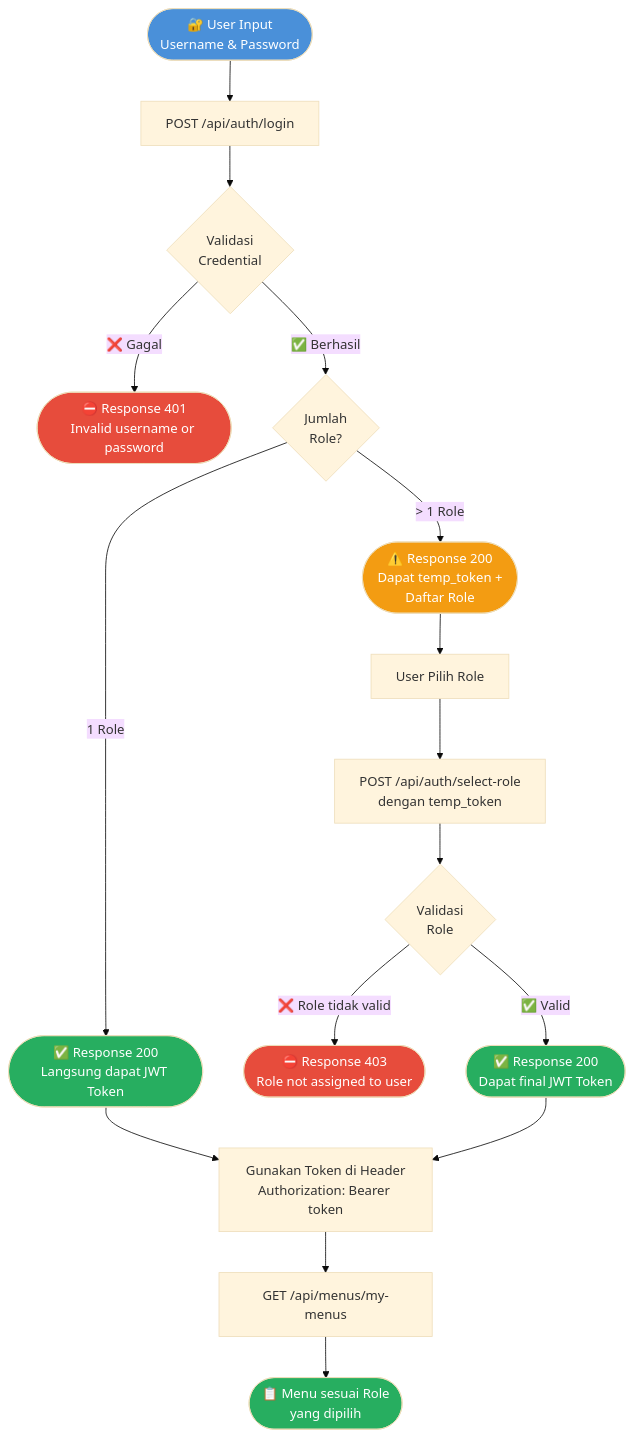
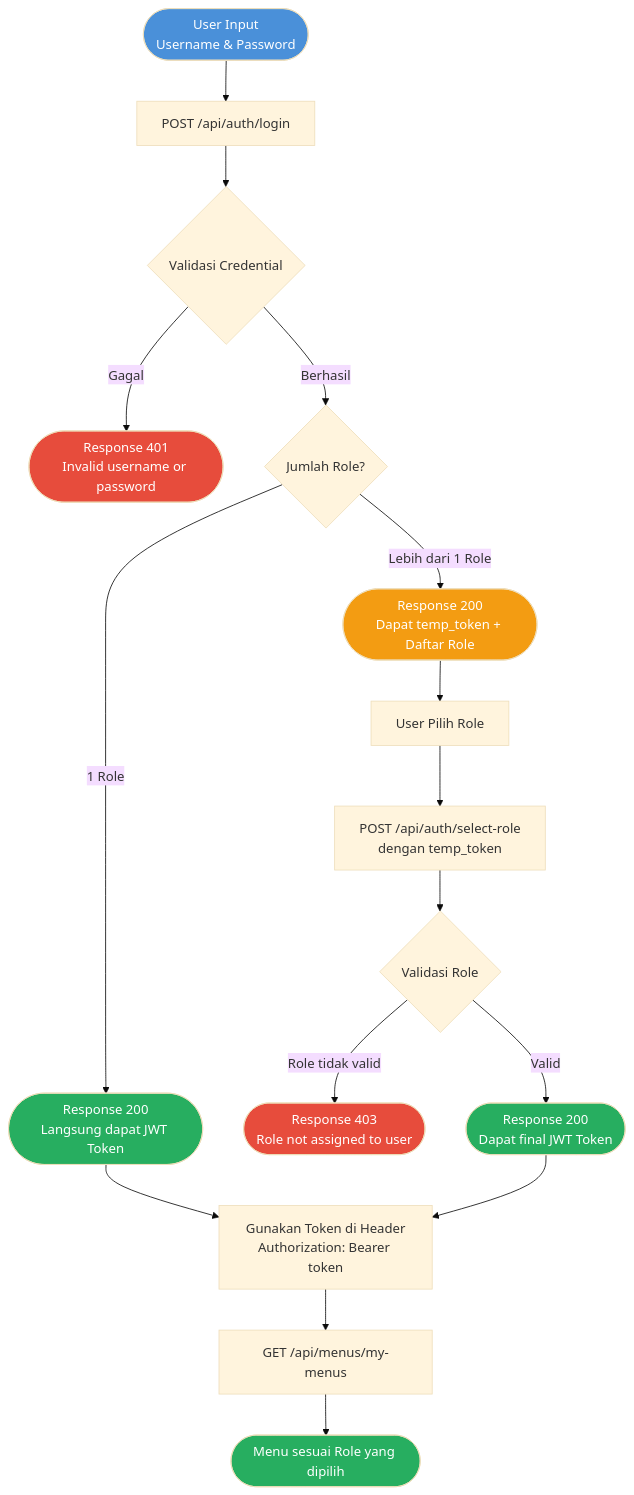
Before and after one commit to rahmatrafli1/assignment-api-pt-data-integrasi-inovasi-candidate: the diagram in README.md, drawn with Mermaid (base theme).

Commit message:
fix: improve clarity in login flow diagram in README

````diff
--- a/README.md
+++ b/README.md
@@ -404,39 +404,39 @@
 ```mermaid
 flowchart TD
-    A([🔐 User Input\nUsername & Password]) --> B[POST /api/auth/login]
+    A([User Input\nUsername & Password]) --> B[POST /api/auth/login]
 
-    B --> C{Validasi\nCredential}
+    B --> C{Validasi Credential}
 
-    C -->|❌ Gagal| D([⛔ Response 401\nInvalid username or password])
+    C -->|Gagal| D([Response 401\nInvalid username or password])
 
-    C -->|✅ Berhasil| E{Jumlah\nRole?}
+    C -->|Berhasil| E{Jumlah Role?}
 
-    E -->|1 Role| F([✅ Response 200\nLangsung dapat JWT Token])
+    E -->|1 Role| F([Response 200\nLangsung dapat JWT Token])
 
-    E -->|> 1 Role| G([⚠️ Response 200\nDapat temp_token +\nDaftar Role])
+    E -->|Lebih dari 1 Role| G([Response 200\nDapat temp_token + Daftar Role])
 
     G --> H[User Pilih Role]
 
     H --> I[POST /api/auth/select-role\ndengan temp_token]
 
-    I --> J{Validasi\nRole}
+    I --> J{Validasi Role}
 
-    J -->|❌ Role tidak valid| K([⛔ Response 403\nRole not assigned to user])
+    J -->|Role tidak valid| K([Response 403\nRole not assigned to user])
 
-    J -->|✅ Valid| L([✅ Response 200\nDapat final JWT Token])
+    J -->|Valid| L([Response 200\nDapat final JWT Token])
 
     F --> M[Gunakan Token di Header\nAuthorization: Bearer token]
     L --> M
 
     M --> N[GET /api/menus/my-menus]
 
-    N --> O([📋 Menu sesuai Role\nyang dipilih])
+    N --> O([Menu sesuai Role yang dipilih])
 
     style A fill:#4A90D9,color:#fff
     style D fill:#E74C3C,color:#fff
     style K fill:#E74C3C,color:#fff
     style F fill:#27AE60,color:#fff
     style L fill:#27AE60,color:#fff
     style O fill:#27AE60,color:#fff
     style G fill:#F39C12,color:#fff
 ```
````
